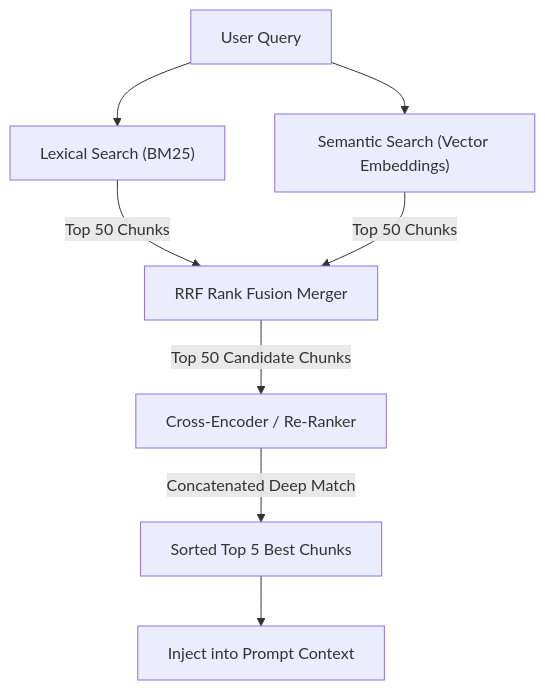
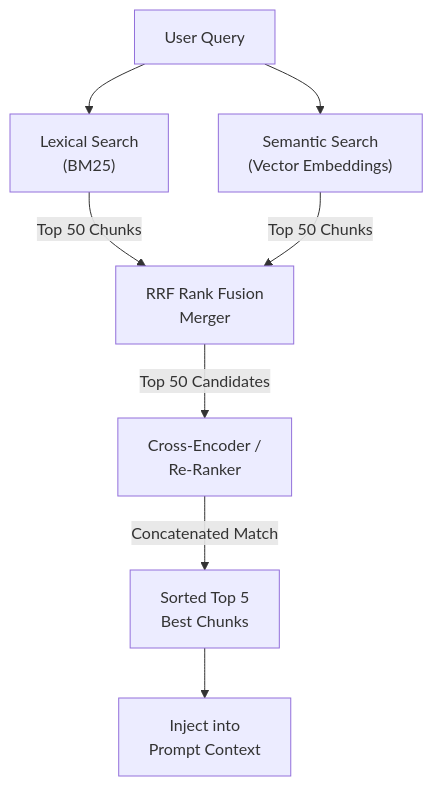
The diagram in apps/web/src/content/chapters/04-3-search.mdx (murugadossp/llm-concepts), drawn with Mermaid before and after one commit. The commit also changed 9 other files, not shown here.

Commit message:
style: fix mermaid text clipping with br tags and implement adaptive light/dark mode css overrides

````diff
--- a/apps/web/src/content/chapters/04-3-search.mdx
+++ b/apps/web/src/content/chapters/04-3-search.mdx
@@ -65,9 +65,9 @@
 ```mermaid
 graph TD
-  Query["User Query"] --> BM25["Lexical Search (BM25)"] & Vec["Semantic Search (Vector Embeddings)"]
-  BM25 -->|Top 50 Chunks| Merge["RRF Rank Fusion Merger"]
+  Query["User Query"] --> BM25["Lexical Search<br/>(BM25)"] & Vec["Semantic Search<br/>(Vector Embeddings)"]
+  BM25 -->|Top 50 Chunks| Merge["RRF Rank Fusion<br/>Merger"]
   Vec -->|Top 50 Chunks| Merge
-  Merge -->|Top 50 Candidate Chunks| Cross["Cross-Encoder / Re-Ranker"]
-  Cross -->|Concatenated Deep Match| Sort["Sorted Top 5 Best Chunks"]
-  Sort --> Prompt["Inject into Prompt Context"]
+  Merge -->|Top 50 Candidates| Cross["Cross-Encoder /<br/>Re-Ranker"]
+  Cross -->|Concatenated Match| Sort["Sorted Top 5<br/>Best Chunks"]
+  Sort --> Prompt["Inject into<br/>Prompt Context"]
 ```
````
